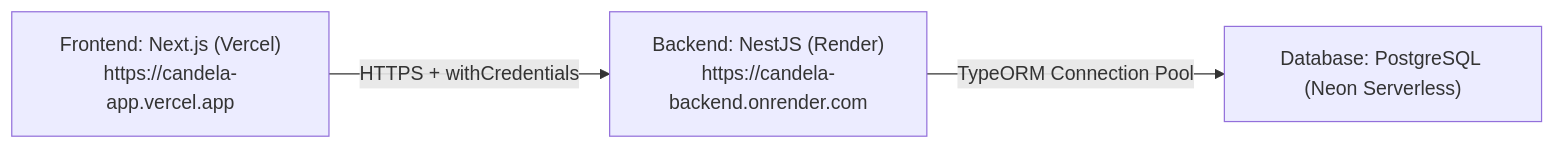
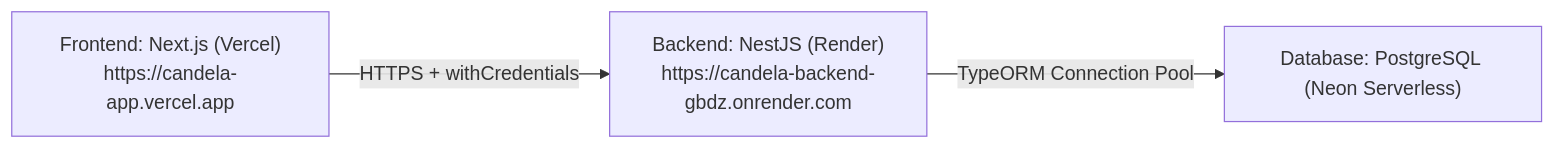
One commit to candela-app/Candela changed the diagram in docs/DEPLOYMENT_AND_ENV.md. Above: the diagram before and after it, drawn with Mermaid. The commit also changed other lines of this file and 36 other files, not shown here.

First line of the commit message:
Implement Google Sign-In functionality in the authentication flow

````diff
--- a/docs/DEPLOYMENT_AND_ENV.md
+++ b/docs/DEPLOYMENT_AND_ENV.md
@@ -5,9 +5,9 @@
 ```mermaid
 graph LR
     Vercel["Frontend: Next.js (Vercel)\nhttps://candela-app.vercel.app"]
-    Render["Backend: NestJS (Render)\nhttps://candela-backend.onrender.com"]
+    Render["Backend: NestJS (Render)\nhttps://candela-backend-gbdz.onrender.com"]
     Neon["Database: PostgreSQL (Neon Serverless)"]
 
     Vercel -->|HTTPS + withCredentials| Render
     Render -->|TypeORM Connection Pool| Neon
 ```
````
